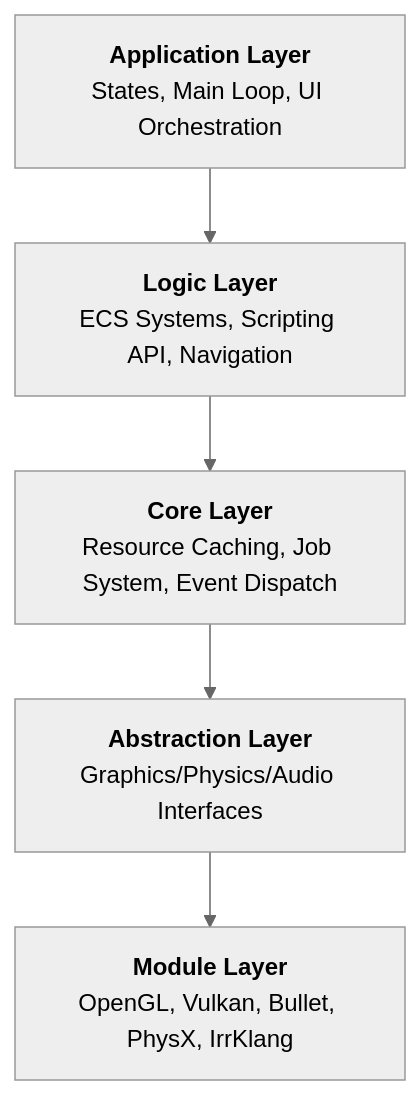
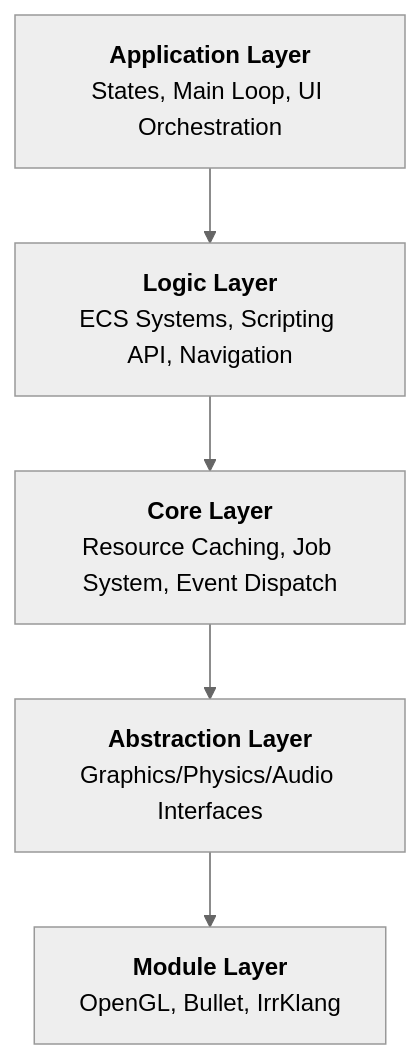
The diagram in docs/core/architecture.md (ItsK4tune/AxisEngine), drawn with Mermaid (neutral theme) before and after one commit. The commit also changed other lines of this file and 61 other files, not shown here.

````diff
--- a/docs/core/architecture.md
+++ b/docs/core/architecture.md
@@ -20,8 +20,8 @@
 ```mermaid
 graph TD
     A[<b>Application Layer</b><br/>States, Main Loop, UI Orchestration] --> B
     B[<b>Logic Layer</b><br/>ECS Systems, Scripting API, Navigation] --> C
     C[<b>Core Layer</b><br/>Resource Caching, Job System, Event Dispatch] --> D
     D[<b>Abstraction Layer</b><br/>Graphics/Physics/Audio Interfaces] --> E
-    E[<b>Module Layer</b><br/>OpenGL, Vulkan, Bullet, PhysX, IrrKlang]
+    E[<b>Module Layer</b><br/>OpenGL, Bullet, IrrKlang]
 ```
````
